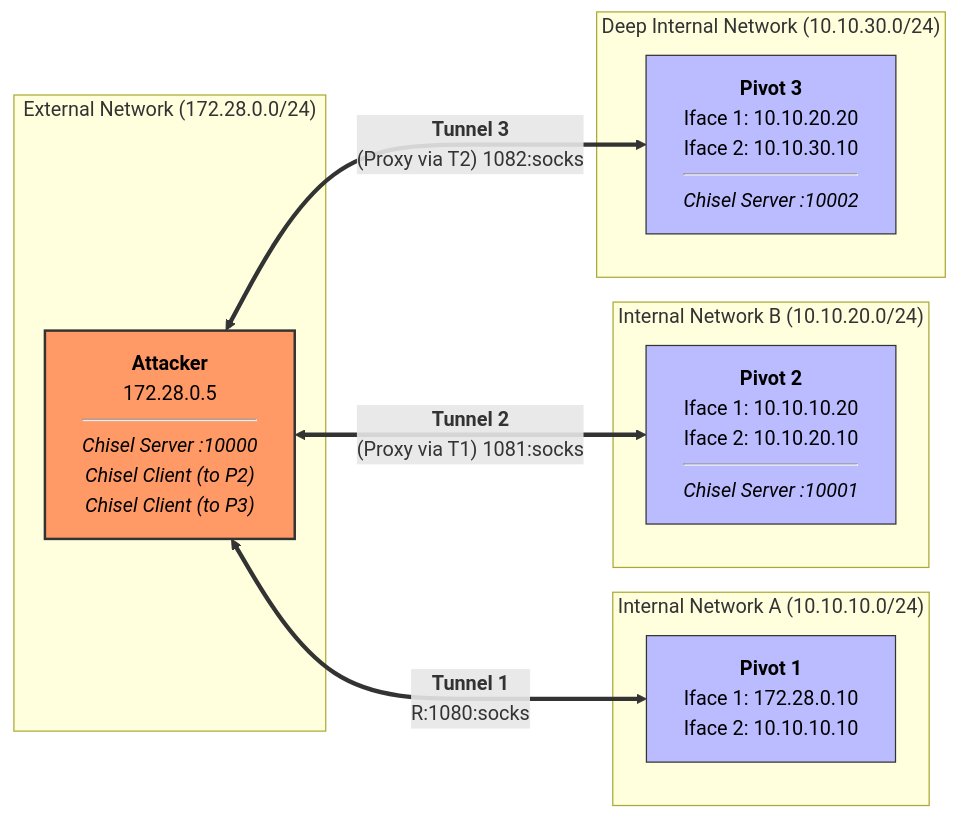
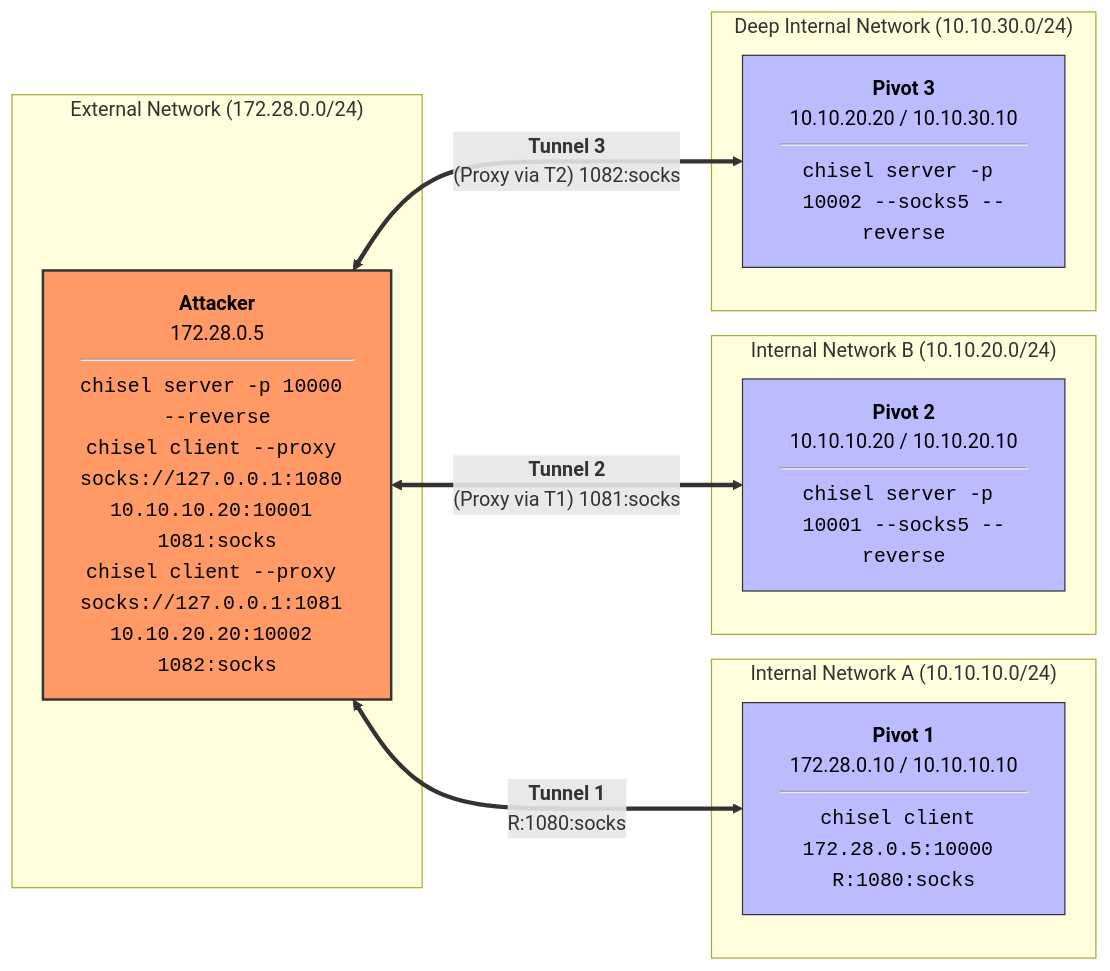
The third of 6 diagrams in README.md (remiotore/pivoting-with-chisel-lab), drawn with Mermaid before and after one commit. The commit also changed other lines of this file, not shown here.

Commit message:
Included commands in mermaid graph

````diff
--- a/README.md
+++ b/README.md
@@ -162,28 +162,28 @@
 ```mermaid
 %%{init: {'themeVariables': { 'primaryTextColor': '#000', 'secondaryTextColor': '#000', 'tertiaryTextColor': '#000' }}}%%
 graph LR
     subgraph "External Network (172.28.0.0/24)"
-        A["<b>Attacker</b><br/>172.28.0.5<br/><hr/><i>Chisel Server :10000</i><br/><i>Chisel Client (to P2)</i><br/><i>Chisel Client (to P3)</i>"]
+        A["<b>Attacker</b><br/>172.28.0.5<br/><hr/><code>chisel server -p 10000 --reverse</code><br/><code>chisel client --proxy socks://127.0.0.1:1080 10.10.10.20:10001 1081:socks</code><br/><code>chisel client --proxy socks://127.0.0.1:1081 10.10.20.20:10002 1082:socks</code>"]
     end
 
     subgraph "Internal Network A (10.10.10.0/24)"
-        P1["<b>Pivot 1</b><br/>Iface 1: 172.28.0.10<br/>Iface 2: 10.10.10.10"]
+        P1["<b>Pivot 1</b><br/>172.28.0.10 / 10.10.10.10<br/><hr/><code>chisel client 172.28.0.5:10000 R:1080:socks</code>"]
     end
 
     subgraph "Internal Network B (10.10.20.0/24)"
-        P2["<b>Pivot 2</b><br/>Iface 1: 10.10.10.20<br/>Iface 2: 10.10.20.10<br/><hr/><i>Chisel Server :10001</i>"]
+        P2["<b>Pivot 2</b><br/>10.10.10.20 / 10.10.20.10<br/><hr/><code>chisel server -p 10001 --socks5 --reverse</code>"]
     end
 
     subgraph "Deep Internal Network (10.10.30.0/24)"
-        P3["<b>Pivot 3</b><br/>Iface 1: 10.10.20.20<br/>Iface 2: 10.10.30.10<br/><hr/><i>Chisel Server :10002</i>"]
+        P3["<b>Pivot 3</b><br/>10.10.20.20 / 10.10.30.10<br/><hr/><code>chisel server -p 10002 --socks5 --reverse</code>"]
     end
 
     A <== "<b>Tunnel 1</b><br/>R:1080:socks" ==> P1
     A <== "<b>Tunnel 2</b><br/>(Proxy via T1) 1081:socks" ==> P2
     A <== "<b>Tunnel 3</b><br/>(Proxy via T2) 1082:socks" ==> P3
 
     style A fill:#f96,stroke:#333,stroke-width:2px,color:#000
     style P1 fill:#bbf,stroke:#333,color:#000
     style P2 fill:#bbf,stroke:#333,color:#000
     style P3 fill:#bbf,stroke:#333,color:#000
 ```
````
